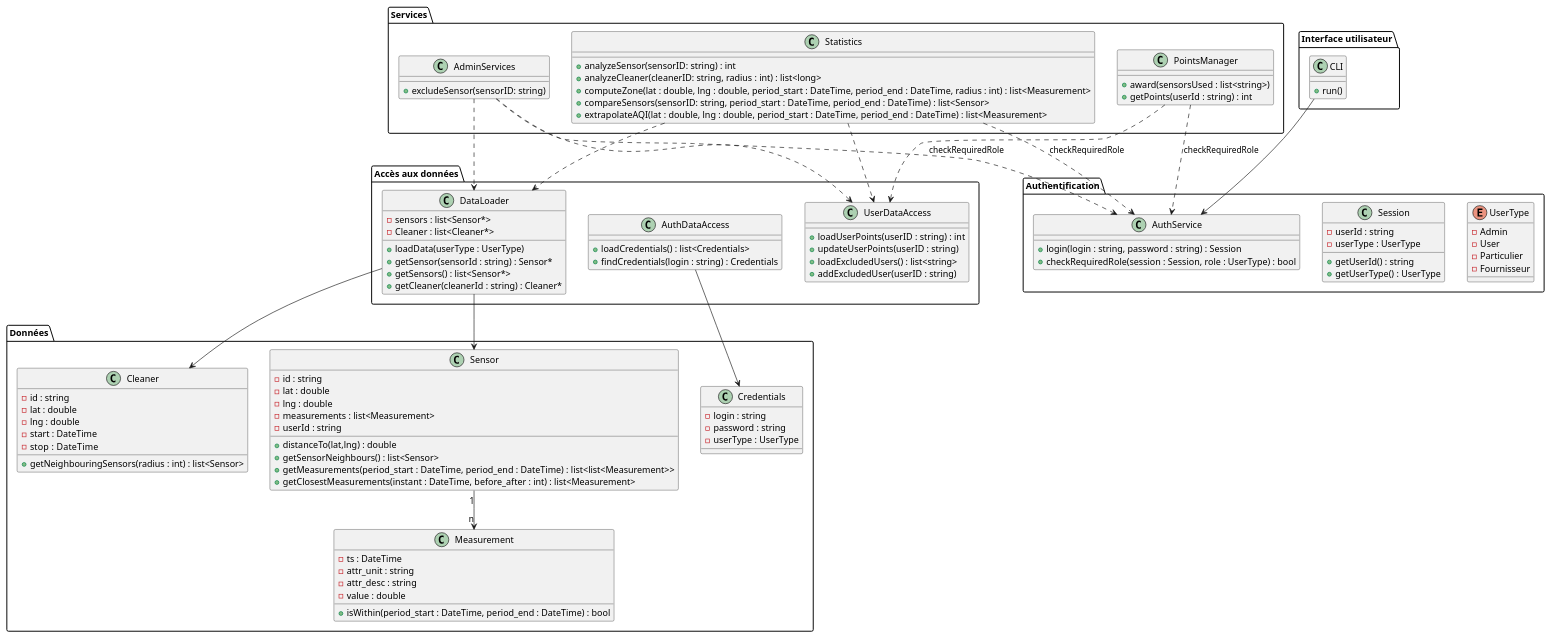
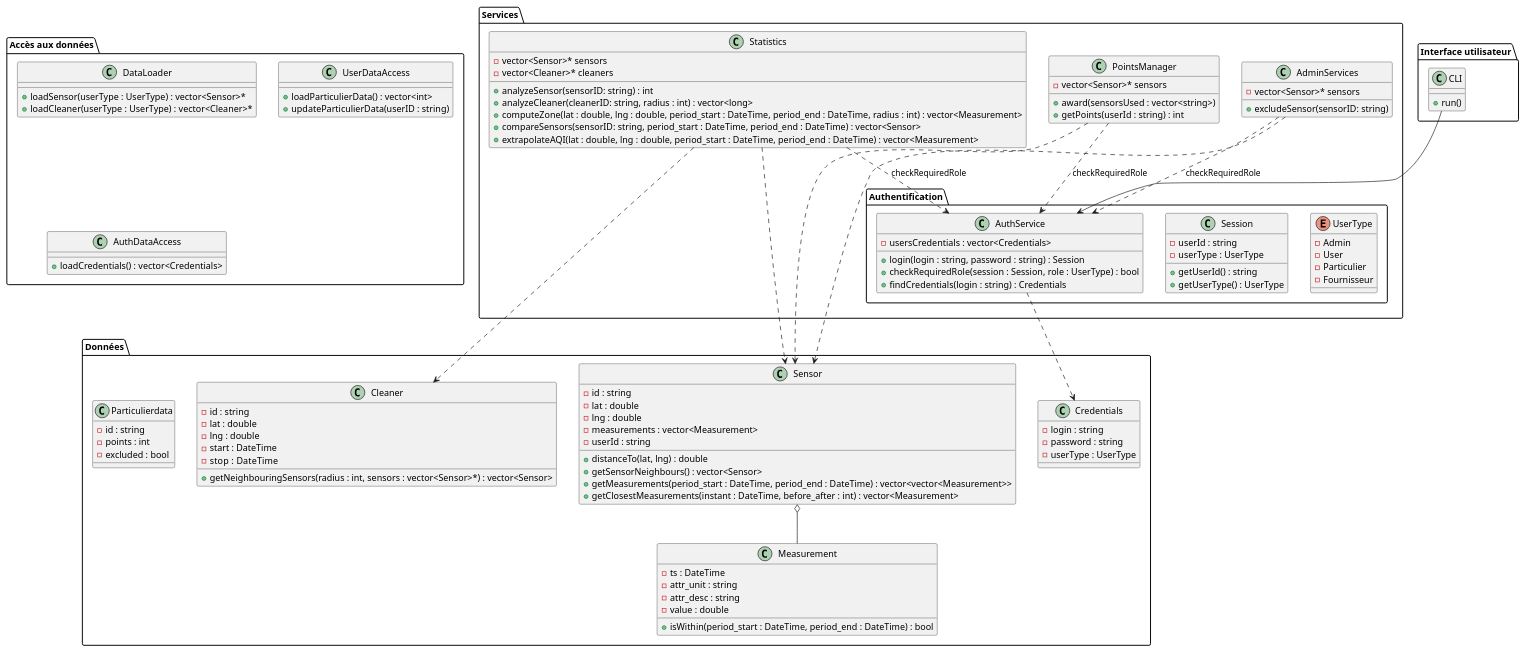
Before and after one commit to ldureuil/3IF_AirWatcher: the diagram in MCD.puml, drawn with PlantUML.

Commit message:
MAJ du MCD
Correction des couches et de leurs liaisons + données des particuliers sauvegardé dans un seul csv

```diff
--- a/MCD.puml
+++ b/MCD.puml
@@ -1,131 +1,133 @@
 @startuml MCD
 
 package "Données" {
   class Sensor {
     - id : string
     - lat : double
     - lng : double
-    - measurements : list<Measurement>
+    - measurements : vector<Measurement>
     - userId : string
-    + distanceTo(lat,lng) : double
-    + getSensorNeighbours() : list<Sensor>
-    + getMeasurements(period_start : DateTime, period_end : DateTime) : list<list<Measurement>>
-    + getClosestMeasurements(instant : DateTime, before_after : int) : list<Measurement>
+    + distanceTo(lat, lng) : double
+    + getSensorNeighbours() : vector<Sensor>
+    + getMeasurements(period_start : DateTime, period_end : DateTime) : vector<vector<Measurement>>
+    + getClosestMeasurements(instant : DateTime, before_after : int) : vector<Measurement>
   }
 
   class Measurement {
     - ts : DateTime
     - attr_unit : string
     - attr_desc : string
     - value : double
     + isWithin(period_start : DateTime, period_end : DateTime) : bool
   }
 
   class Cleaner {
     - id : string
     - lat : double
     - lng : double
     - start : DateTime
     - stop  : DateTime
-    + getNeighbouringSensors(radius : int) : list<Sensor>
+    + getNeighbouringSensors(radius : int, sensors : vector<Sensor>*) : vector<Sensor>
   }
 
     class Credentials {
     - login : string
     - password : string
     - userType : UserType
   }
+
+  class Particulierdata {
+    - id : string
+    - points : int
+    - excluded : bool
+  }
 }
 
 
 package "Services" {
   class Statistics {
+    - vector<Sensor>* sensors
+    - vector<Cleaner>* cleaners
     + analyzeSensor(sensorID: string) : int
-    + analyzeCleaner(cleanerID: string, radius : int) : list<long>
-    + computeZone(lat : double, lng : double, period_start : DateTime, period_end : DateTime, radius : int) : list<Measurement>
-    + compareSensors(sensorID: string, period_start : DateTime, period_end : DateTime) : list<Sensor>
-    + extrapolateAQI(lat : double, lng : double, period_start : DateTime, period_end : DateTime) : list<Measurement>
+    + analyzeCleaner(cleanerID: string, radius : int) : vector<long>
+    + computeZone(lat : double, lng : double, period_start : DateTime, period_end : DateTime, radius : int) : vector<Measurement>
+    + compareSensors(sensorID: string, period_start : DateTime, period_end : DateTime) : vector<Sensor>
+    + extrapolateAQI(lat : double, lng : double, period_start : DateTime, period_end : DateTime) : vector<Measurement>
   }
 
   class PointsManager {
-    + award(sensorsUsed : list<string>)
+    - vector<Sensor>* sensors
+    + award(sensorsUsed : vector<string>)
     + getPoints(userId : string) : int
   }
 
   class AdminServices {
+    - vector<Sensor>* sensors
     + excludeSensor(sensorID: string)
   }
-}
 
-
-package "Accès aux données" {
-  class DataLoader {
-    - sensors : list<Sensor*>
-    - Cleaner : list<Cleaner*>
-    + loadData(userType : UserType)
-    + getSensor(sensorId : string) : Sensor*
-    + getSensors() : list<Sensor*>
-    + getCleaner(cleanerId : string) : Cleaner*
-  }
-
-  class UserDataAccess {
-    + loadUserPoints(userID : string) : int
-    + updateUserPoints(userID : string)
-    + loadExcludedUsers() : list<string>
-    + addExcludedUser(userID : string)
-  }
-
-  class AuthDataAccess {
-    + loadCredentials() : list<Credentials>
-    + findCredentials(login : string) : Credentials
-  }
-}
-
-
-package "Authentification" {
+  package "Authentification" {
     enum UserType {
     - Admin
     - User
     - Particulier
     - Fournisseur
   }
 
   class Session {
     - userId : string
     - userType : UserType
     + getUserId() : string
     + getUserType() : UserType
   }
 
   class AuthService {
+    - usersCredentials : vector<Credentials>
     + login(login : string, password : string) : Session
     + checkRequiredRole(session : Session, role : UserType) : bool
+    + findCredentials(login : string) : Credentials
+  }
+  }
+}
+
+
+package "Accès aux données" {
+  class DataLoader {
+    + loadSensor(userType : UserType) : vector<Sensor>*
+    + loadCleaner(userType : UserType) : vector<Cleaner>*
+  }
+
+  class UserDataAccess {
+    + loadParticulierData() : vector<int>
+    + updateParticulierData(userID : string)
+  }
+
+  class AuthDataAccess {
+    + loadCredentials() : vector<Credentials>
   }
 }
 
 
 package "Interface utilisateur" {
   class CLI {
     + run()
   }
 }
 
 
 
-Sensor  "1" --> "n" Measurement
-DataLoader --> Sensor
-DataLoader --> Cleaner
-AuthDataAccess --> Credentials
+Sensor  o-- Measurement
 
 CLI --> AuthService
 
 Statistics     ..> AuthService : checkRequiredRole
 PointsManager  ..> AuthService : checkRequiredRole
 AdminServices  ..> AuthService : checkRequiredRole
 
-Statistics     ..> DataLoader
-Statistics     ..> UserDataAccess
-PointsManager  ..> UserDataAccess
-AdminServices  ..> DataLoader
-AdminServices  ..> UserDataAccess
+Statistics     ..> Cleaner
+Statistics     ..> Sensor
+PointsManager  ..> Sensor
+AdminServices  ..> Sensor
+
+AuthService ..> Credentials
 @enduml
```
